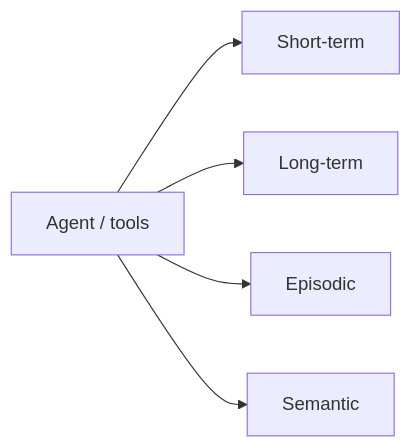
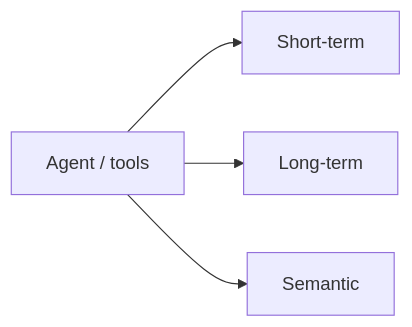
Diagram 11 of 14 in docs/architecture.md (ShivendraGupta13/customer-support-assistant), drawn with Mermaid before and after one commit. The commit also changed other lines of this file and 3 other files, not shown here.

First line of the commit message:
Descope episodic memory and approve architecture.

````diff
--- a/docs/architecture.md
+++ b/docs/architecture.md
@@ -444,8 +472,7 @@
 ```mermaid
 flowchart LR
     Agent[Agent / tools]
     Agent --> ST[Short-term]
     Agent --> LT[Long-term]
-    Agent --> EP[Episodic]
     Agent --> SE[Semantic]
 ```
````
